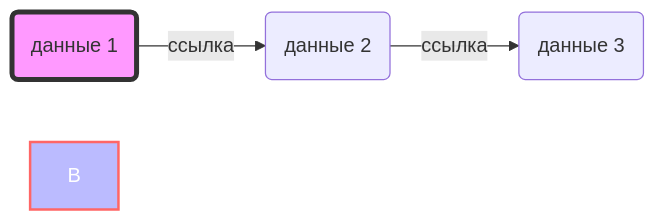
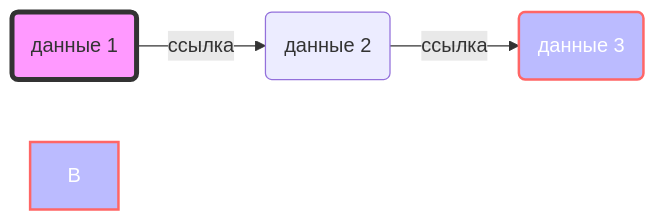
One commit to hamster-i/list changed the diagram in README.md. Above: the diagram before and after it, drawn with Mermaid.

````diff
--- a/README.md
+++ b/README.md
@@ -7,8 +7,9 @@
    ```mermaid
    graph LR;
     A(данные 1)--ссылка-->В(данные 2)--ссылка-->C(данные 3);
 	
 	%% Настройка цветов:
     style A fill:#f9f,stroke:#333,stroke-width:4px
     style B fill:#bbf,stroke:#f66,stroke-width:2px,color:#fff
+	style C fill:#bbf,stroke:#f66,stroke-width:2px,color:#fff
    ```
````
